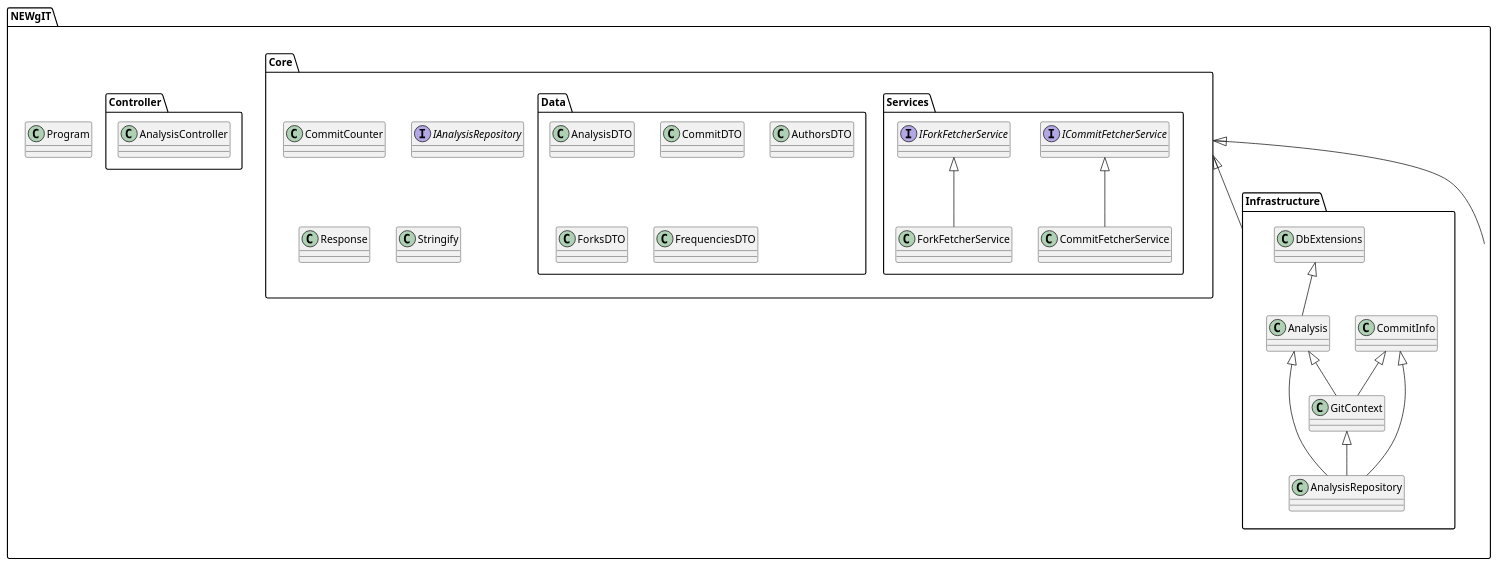
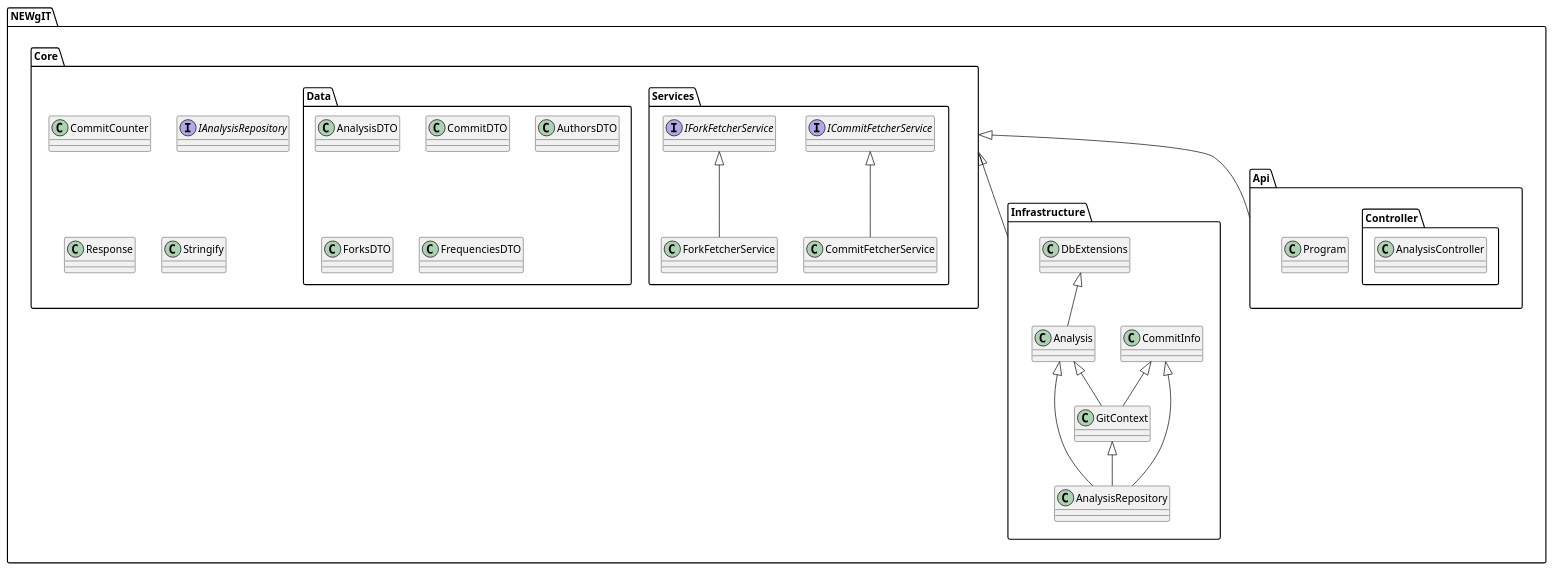
The first of 3 diagrams in docs/diagrams-code.md (atro-itu/bdsa-project-newgit), drawn with PlantUML before and after one commit. The commit also changed 6 other files, not shown here.

````diff
--- a/docs/diagrams-code.md
+++ b/docs/diagrams-code.md
@@ -9,59 +9,59 @@
 ```plantuml
 @startuml packageDiagram
 
 namespace NEWgIT.Core {
   namespace Services{
     class CommitFetcherService{}
     class ForkFetcherService{}
     interface ICommitFetcherService{}
     interface IForkFetcherService{}
   }
   namespace Data {
     class AnalysisDTO {}
     class CommitDTO{}
     class AuthorsDTO{}
     class ForksDTO{}
     class FrequenciesDTO{}
   }
   class CommitCounter{}
   interface IAnalysisRepository{}
   'class RepositoryExtensions{}'
   class Response{}
   class Stringify{}
 }
 
 namespace NEWgIT.Infrastructure{
   class Analysis{}
   class AnalysisRepository{}
   class CommitInfo{}
   class DbExtensions{}
   class GitContext{}
 }
 
-namespace NEWgIT{
+namespace NEWgIT.Api{
   namespace Controller{
     class AnalysisController{}
   }
   class Program{}
 }
 
 'Outgoing NEWgIT.Infrastructure.AnalysisRepository dependencies'
 NEWgIT.Core <|-- NEWgIT.Infrastructure
 
 'Internal NEWgIT.Core.Services dependencies'
 NEWgIT.Core.Services.ICommitFetcherService <|-- NEWgIT.Core.Services.CommitFetcherService
 NEWgIT.Core.Services.IForkFetcherService <|-- NEWgIT.Core.Services.ForkFetcherService
 
 'Internal NEWgIT.Infrastructure.denpendencies
 NEWgIT.Infrastructure.GitContext <|-- NEWgIT.Infrastructure.AnalysisRepository
 NEWgIT.Infrastructure.Analysis <|-- NEWgIT.Infrastructure.AnalysisRepository
 NEWgIT.Infrastructure.CommitInfo <|-- NEWgIT.Infrastructure.AnalysisRepository
 NEWgIT.Infrastructure.DbExtensions <|-- NEWgIT.Infrastructure.Analysis
 NEWgIT.Infrastructure.Analysis <|-- NEWgIT.Infrastructure.GitContext
 NEWgIT.Infrastructure.CommitInfo <|-- NEWgIT.Infrastructure.GitContext
 
 'Outgoing NEWgIT.Controller.AnalysisController dependencies'
-NEWgIT.Core <|-- NEWgIT
+NEWgIT.Core <|-- NEWgIT.Api
 
 @enduml
 ```
````
